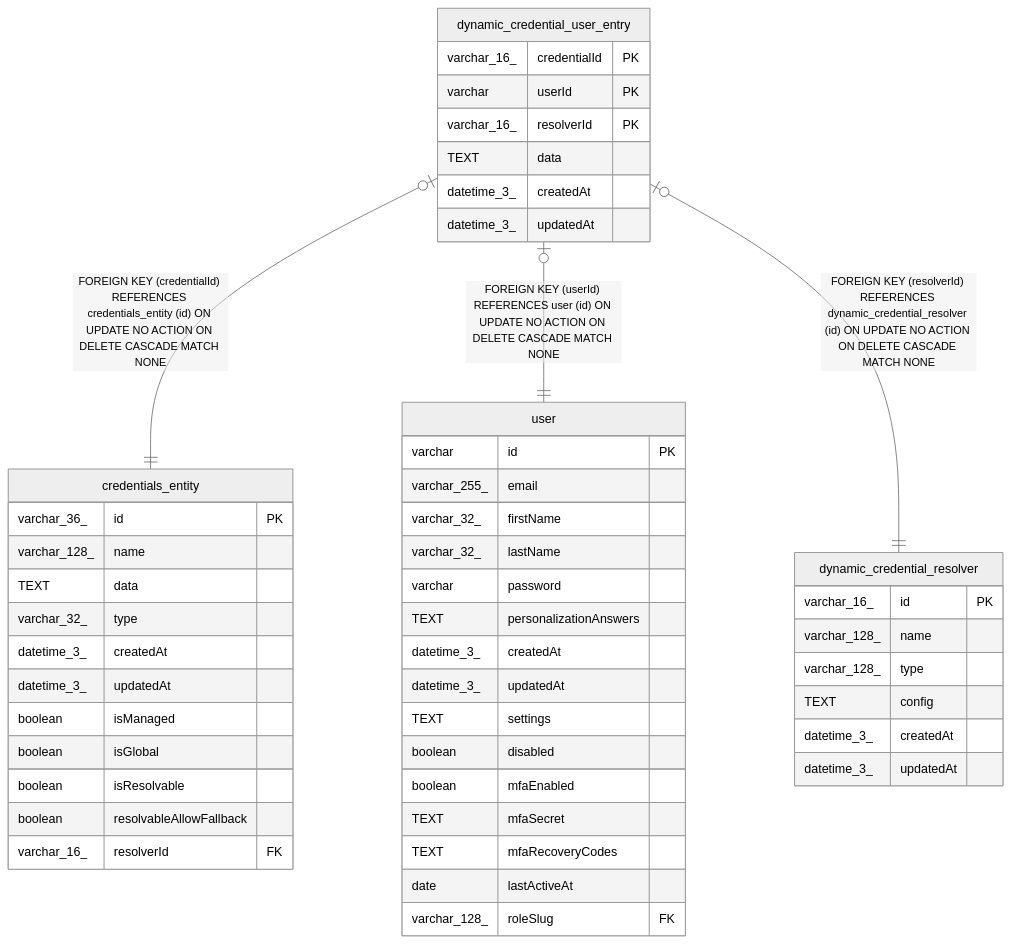
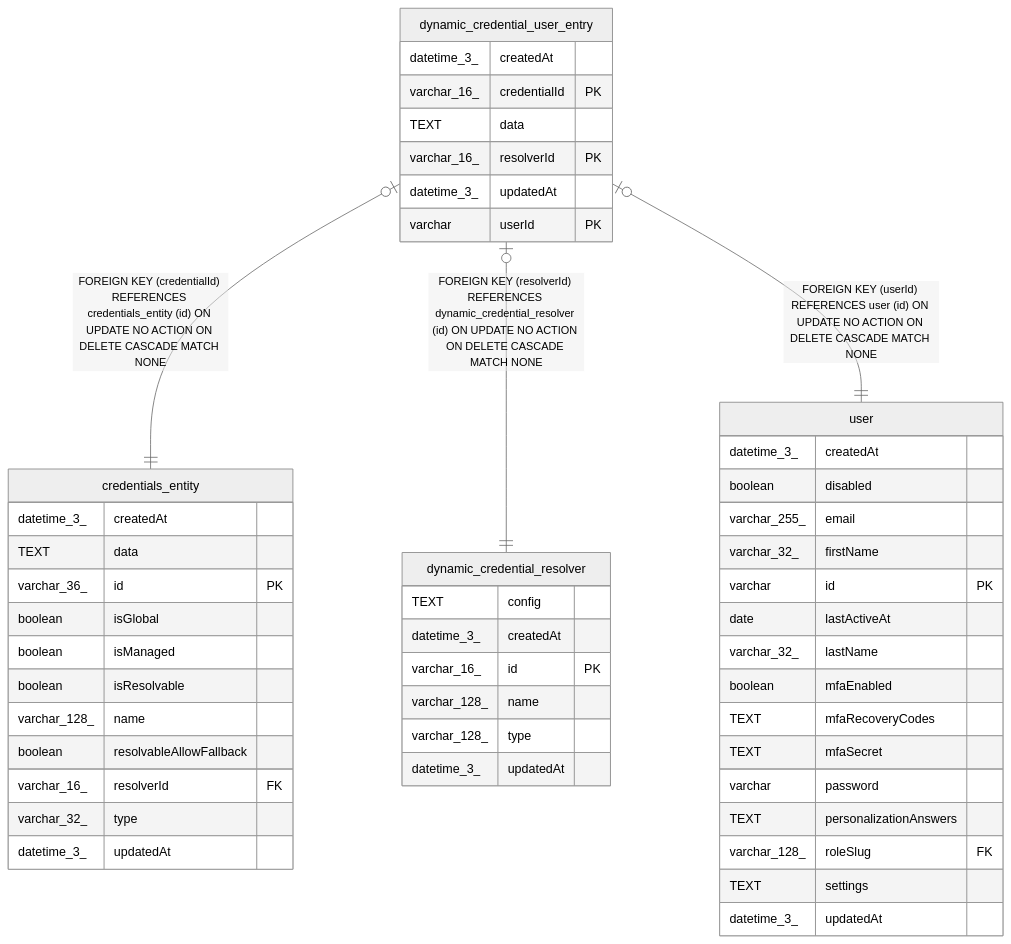
Before and after one commit to mayankjain1815-commits/n8n: the diagram in docs/generated/sqlite-schema/dynamic_credential_user_entry.md, drawn with Mermaid (neutral theme). The commit also changed other lines of this file and 221 other files, not shown here.

Commit message:
chore(core): Make DB schema docs generation deterministic (#32373)

````diff
--- a/docs/generated/sqlite-schema/dynamic_credential_user_entry.md
+++ b/docs/generated/sqlite-schema/dynamic_credential_user_entry.md
@@ -47,54 +47,54 @@
 ```mermaid
 erDiagram
 
 "dynamic_credential_user_entry" |o--|| "credentials_entity" : "FOREIGN KEY (credentialId) REFERENCES credentials_entity (id) ON UPDATE NO ACTION ON DELETE CASCADE MATCH NONE"
+"dynamic_credential_user_entry" |o--|| "dynamic_credential_resolver" : "FOREIGN KEY (resolverId) REFERENCES dynamic_credential_resolver (id) ON UPDATE NO ACTION ON DELETE CASCADE MATCH NONE"
 "dynamic_credential_user_entry" |o--|| "user" : "FOREIGN KEY (userId) REFERENCES user (id) ON UPDATE NO ACTION ON DELETE CASCADE MATCH NONE"
-"dynamic_credential_user_entry" |o--|| "dynamic_credential_resolver" : "FOREIGN KEY (resolverId) REFERENCES dynamic_credential_resolver (id) ON UPDATE NO ACTION ON DELETE CASCADE MATCH NONE"
 
 "dynamic_credential_user_entry" {
+  datetime_3_ createdAt
   varchar_16_ credentialId PK
+  TEXT data
+  varchar_16_ resolverId PK
+  datetime_3_ updatedAt
   varchar userId PK
-  varchar_16_ resolverId PK
+}
+"credentials_entity" {
+  datetime_3_ createdAt
   TEXT data
-  datetime_3_ createdAt
+  varchar_36_ id PK
+  boolean isGlobal
+  boolean isManaged
+  boolean isResolvable
+  varchar_128_ name
+  boolean resolvableAllowFallback
+  varchar_16_ resolverId FK
+  varchar_32_ type
   datetime_3_ updatedAt
 }
-"credentials_entity" {
-  varchar_36_ id PK
-  varchar_128_ name
-  TEXT data
-  varchar_32_ type
+"dynamic_credential_resolver" {
+  TEXT config
   datetime_3_ createdAt
-  datetime_3_ updatedAt
-  boolean isManaged
-  boolean isGlobal
-  boolean isResolvable
-  boolean resolvableAllowFallback
-  varchar_16_ resolverId FK
-}
-"user" {
-  varchar id PK
-  varchar_255_ email
-  varchar_32_ firstName
-  varchar_32_ lastName
-  varchar password
-  TEXT personalizationAnswers
-  datetime_3_ createdAt
-  datetime_3_ updatedAt
-  TEXT settings
-  boolean disabled
-  boolean mfaEnabled
-  TEXT mfaSecret
-  TEXT mfaRecoveryCodes
-  date lastActiveAt
-  varchar_128_ roleSlug FK
-}
-"dynamic_credential_resolver" {
   varchar_16_ id PK
   varchar_128_ name
   varchar_128_ type
-  TEXT config
+  datetime_3_ updatedAt
+}
+"user" {
   datetime_3_ createdAt
+  boolean disabled
+  varchar_255_ email
+  varchar_32_ firstName
+  varchar id PK
+  date lastActiveAt
+  varchar_32_ lastName
+  boolean mfaEnabled
+  TEXT mfaRecoveryCodes
+  TEXT mfaSecret
+  varchar password
+  TEXT personalizationAnswers
+  varchar_128_ roleSlug FK
+  TEXT settings
   datetime_3_ updatedAt
 }
 ```
````
